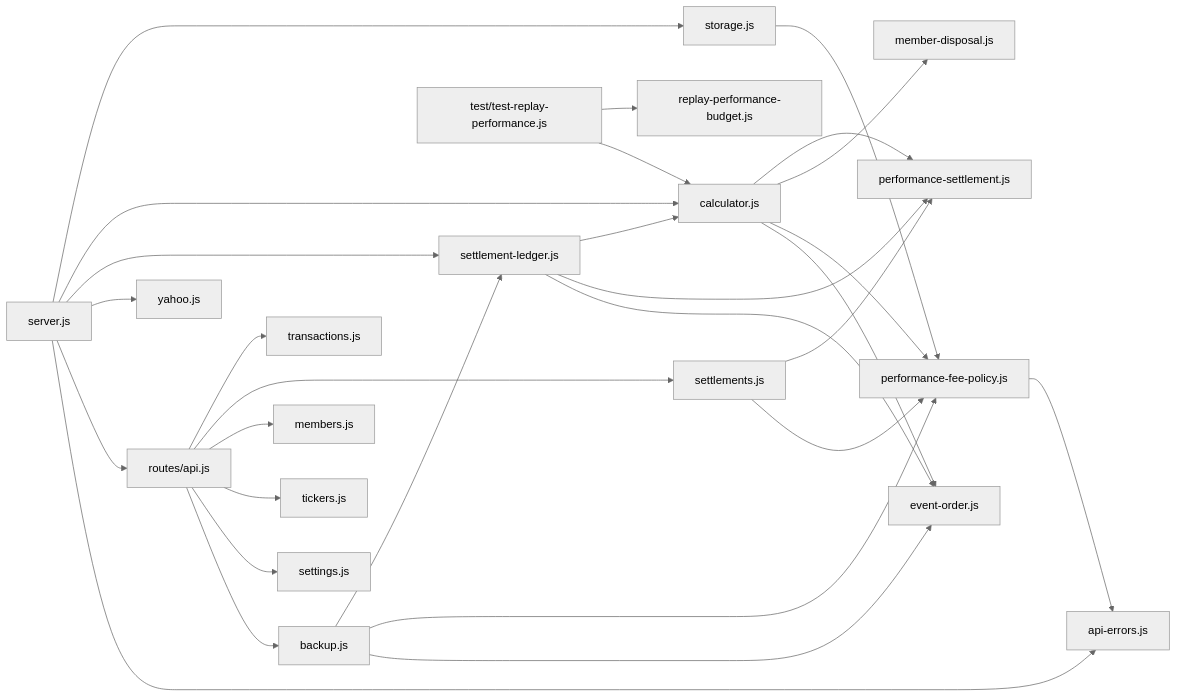
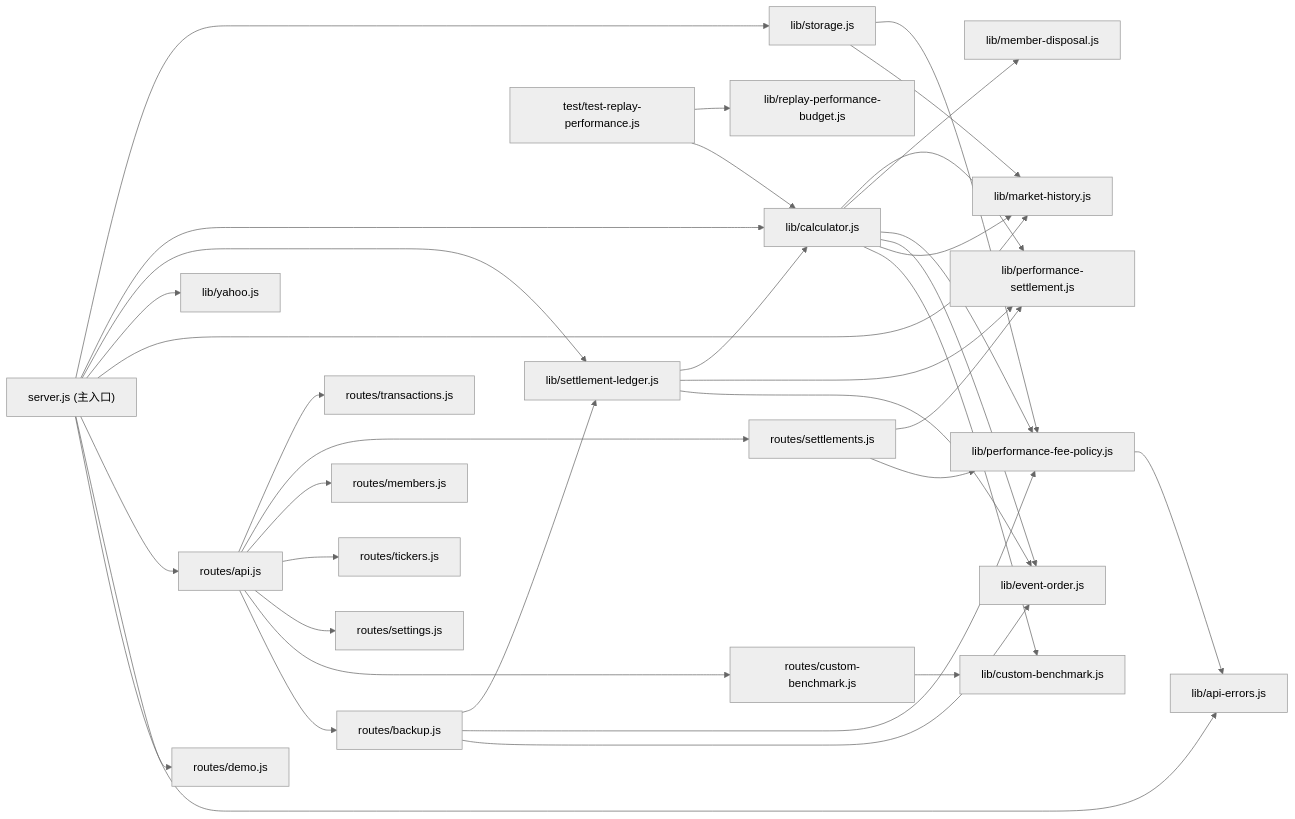
One commit to spicy-man/family-fund-manager changed the sixth of 7 diagrams in docs/technical/ARCHITECTURE.md. Above: the diagram before and after it, drawn with Mermaid (neutral theme). The commit also changed other lines of this file and 2 other files, not shown here.

Commit message:
docs: add architecture and code review guidelines and update README documentation

````diff
--- a/docs/technical/ARCHITECTURE.md
+++ b/docs/technical/ARCHITECTURE.md
@@ -217,34 +261,42 @@
 ```mermaid
 graph LR
-    SERVER["server.js"] --> STORAGE["storage.js"]
-    SERVER --> CALC["calculator.js"]
-    SERVER --> SETTLE_L["settlement-ledger.js"]
-    SERVER --> YAHOO["yahoo.js"]
+    SERVER["server.js (主入口)"] --> STORAGE["lib/storage.js"]
+    SERVER --> CALC["lib/calculator.js"]
+    SERVER --> SETTLE_L["lib/settlement-ledger.js"]
+    SERVER --> YAHOO["lib/yahoo.js"]
+    SERVER --> MARKET_H["lib/market-history.js"]
     SERVER --> R_API["routes/api.js"]
+    SERVER --> R_DEMO["routes/demo.js"]
 
-    R_API --> R_TX["transactions.js"]
-    R_API --> R_SET["settlements.js"]
-    R_API --> R_MEM["members.js"]
-    R_API --> R_TK["tickers.js"]
-    R_API --> R_STG["settings.js"]
-    R_API --> R_BK["backup.js"]
+    R_API --> R_TX["routes/transactions.js"]
+    R_API --> R_SET["routes/settlements.js"]
+    R_API --> R_MEM["routes/members.js"]
+    R_API --> R_TK["routes/tickers.js"]
+    R_API --> R_STG["routes/settings.js"]
+    R_API --> R_CB["routes/custom-benchmark.js"]
+    R_API --> R_BK["routes/backup.js"]
 
-    CALC --> PERF["performance-settlement.js"]
-    CALC --> DISPOSAL["member-disposal.js"]
-    CALC --> POLICY["performance-fee-policy.js"]
-    CALC --> ORDER["event-order.js"]
+    CALC --> PERF["lib/performance-settlement.js"]
+    CALC --> DISPOSAL["lib/member-disposal.js"]
+    CALC --> POLICY["lib/performance-fee-policy.js"]
+    CALC --> ORDER["lib/event-order.js"]
+    CALC --> MARKET_H
+    CALC --> CB_LIB["lib/custom-benchmark.js"]
+
     STORAGE --> POLICY
-    POLICY --> ERRORS["api-errors.js"]
+    STORAGE --> MARKET_H
+    POLICY --> ERRORS["lib/api-errors.js"]
     SETTLE_L --> CALC
     SETTLE_L --> PERF
     SETTLE_L --> ORDER
     SERVER --> ERRORS
     R_BK --> SETTLE_L
     R_BK --> POLICY
     R_BK --> ORDER
     R_SET --> PERF
     R_SET --> POLICY
+    R_CB --> CB_LIB
 
-    TEST_PERF["test/test-replay-performance.js"] --> BUDGET["replay-performance-budget.js"]
+    TEST_PERF["test/test-replay-performance.js"] --> BUDGET["lib/replay-performance-budget.js"]
     TEST_PERF --> CALC
 ```
````
